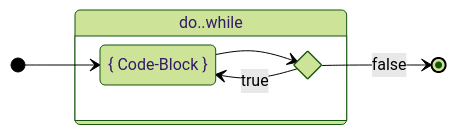
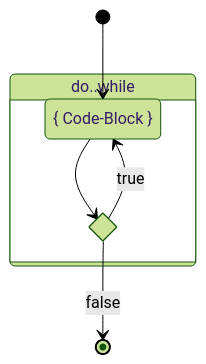
Before and after one commit to codingluke/bbzbl-modul-319: the second of 3 diagrams in slides/schleifen.md, drawn with Mermaid (forest theme). The commit also changed other lines of this file and 2 other files, not shown here.

````diff
--- a/slides/schleifen.md
+++ b/slides/schleifen.md
@@ -74,12 +85,12 @@
-```mermaid
+```mermaid width=50%
 stateDiagram-v2
-    direction LR
+    direction TB
     do: { Code-Block }
     state Bedingung <<choice>>
     [*] --> do
     state do..while {
         do --> Bedingung
         Bedingung --> do: true
     }
     Bedingung --> [*]: false
 ```
````
